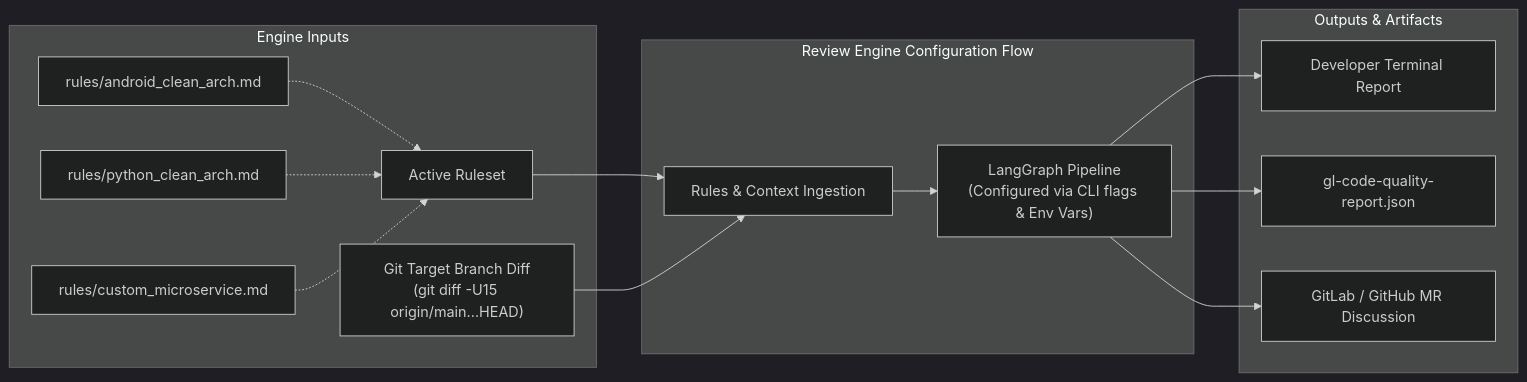
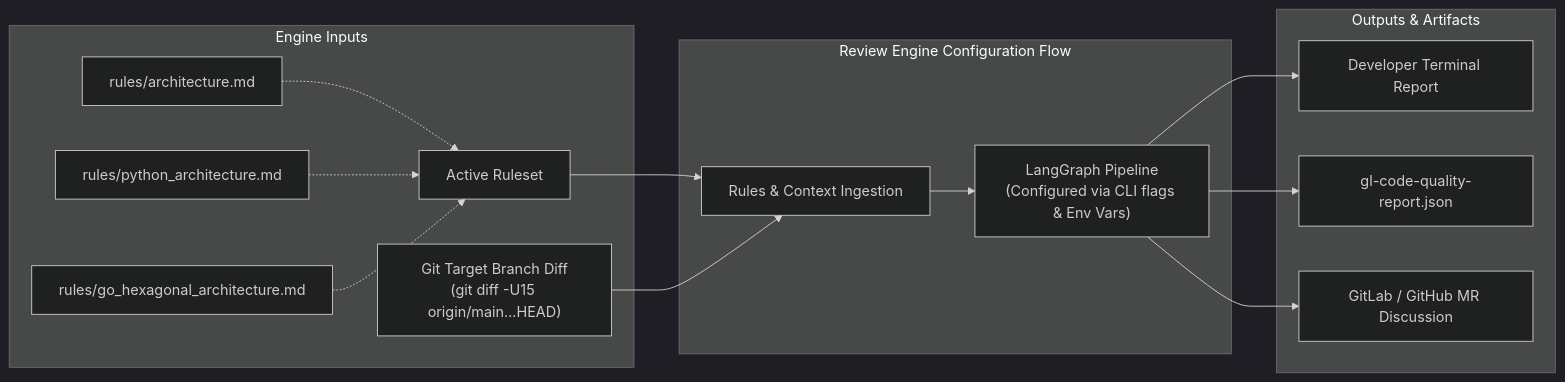
Before and after one commit to DEBB2002/mr-validation: the third of 4 diagrams in README.md, drawn with Mermaid (dark theme). The commit also changed other lines of this file and 3 other files, not shown here.

````diff
--- a/README.md
+++ b/README.md
@@ -126,22 +124,22 @@
 ```mermaid
 flowchart LR
     subgraph Inputs ["Engine Inputs"]
-        R1["rules/android_clean_arch.md"] -.-> ActiveRules["Active Ruleset"]
-        R2["rules/python_clean_arch.md"] -.-> ActiveRules
-        R3["rules/custom_microservice.md"] -.-> ActiveRules
+        R1["rules/architecture.md"] -.-> ActiveRules["Active Ruleset"]
+        R2["rules/python_architecture.md"] -.-> ActiveRules
+        R3["rules/go_hexagonal_architecture.md"] -.-> ActiveRules
         
         DiffInput["Git Target Branch Diff\n(git diff -U15 origin/main...HEAD)"]
     end
 
     subgraph ProcessingEngine ["Review Engine Configuration Flow"]
         ActiveRules --> Parser["Rules & Context Ingestion"]
         DiffInput --> Parser
         Parser --> Orchestrator["LangGraph Pipeline\n(Configured via CLI flags & Env Vars)"]
     end
 
     subgraph ConfigOutputs ["Outputs & Artifacts"]
         Orchestrator --> Terminal["Developer Terminal Report"]
         Orchestrator --> CQJson["gl-code-quality-report.json"]
         Orchestrator --> BotNote["GitLab / GitHub MR Discussion"]
     end
 ```
````
